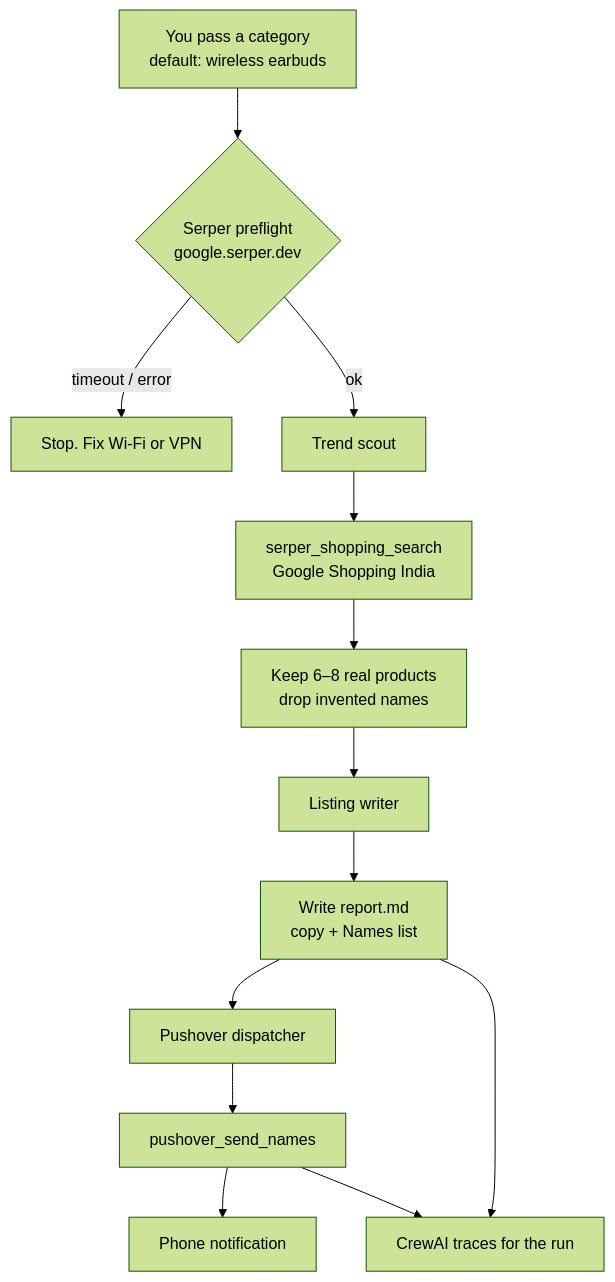
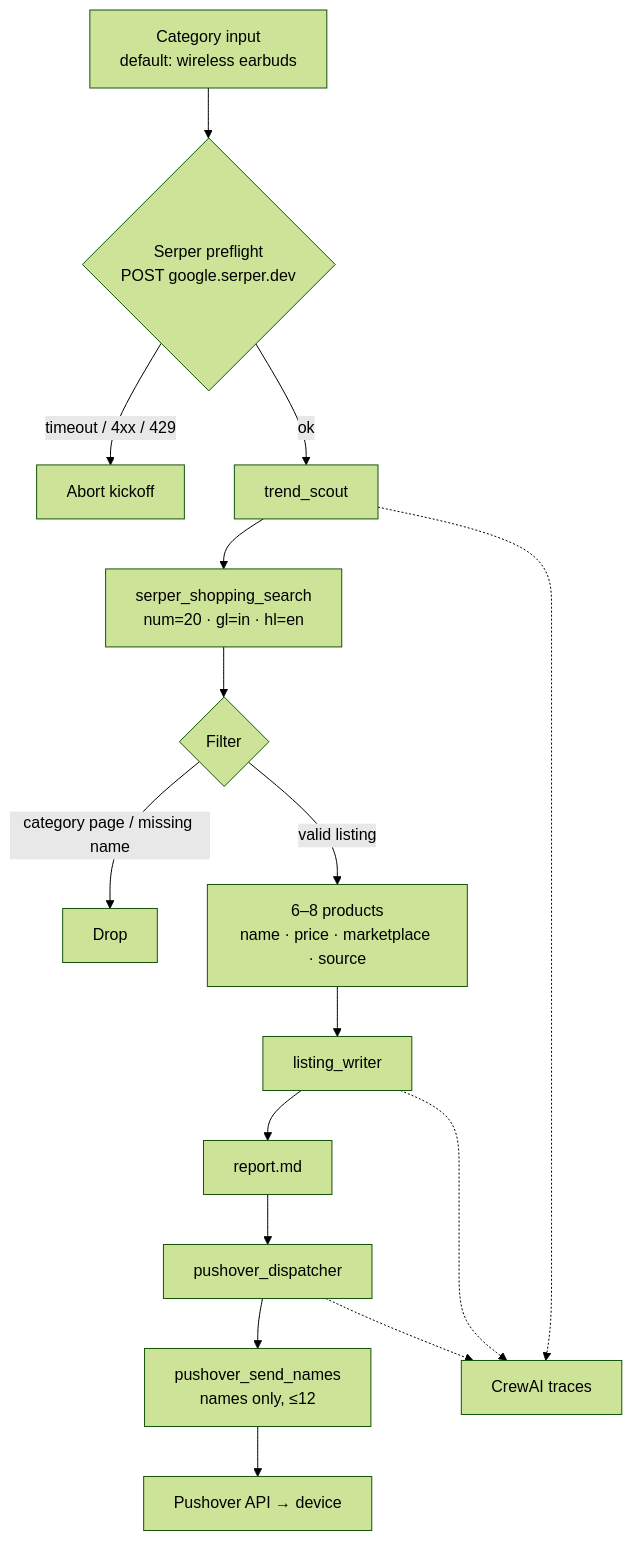
One commit to Mayankgupta1754/shoppiomart_recommender changed the diagram in README.md. Above: the diagram before and after it, drawn with Mermaid (forest theme). The commit also changed other lines of this file and 2 other files, not shown here.

````diff
--- a/README.md
+++ b/README.md
@@ -30,15 +19,18 @@
 ```mermaid
 flowchart TD
-    A[You pass a category<br/>default: wireless earbuds] --> B{Serper preflight<br/>google.serper.dev}
-    B -->|timeout / error| X[Stop. Fix Wi-Fi or VPN]
-    B -->|ok| C[Trend scout]
-    C --> D[serper_shopping_search<br/>Google Shopping India]
-    D --> E[Keep 6–8 real products<br/>drop invented names]
-    E --> F[Listing writer]
-    F --> G[Write report.md<br/>copy + Names list]
-    G --> H[Pushover dispatcher]
-    H --> I[pushover_send_names]
-    I --> J[Phone notification]
-    G --> K[CrewAI traces for the run]
-    I --> K
+    A[Category input<br/>default: wireless earbuds] --> B{Serper preflight<br/>POST google.serper.dev}
+    B -->|timeout / 4xx / 429| X[Abort kickoff]
+    B -->|ok| C[trend_scout]
+    C --> D[serper_shopping_search<br/>num=20 · gl=in · hl=en]
+    D --> E{Filter}
+    E -->|category page / missing name| E2[Drop]
+    E -->|valid listing| F[6–8 products<br/>name · price · marketplace · source]
+    F --> G[listing_writer]
+    G --> H[report.md]
+    H --> I[pushover_dispatcher]
+    I --> J[pushover_send_names<br/>names only, ≤12]
+    J --> K[Pushover API → device]
+    C -.-> T[CrewAI traces]
+    G -.-> T
+    I -.-> T
 ```
````
